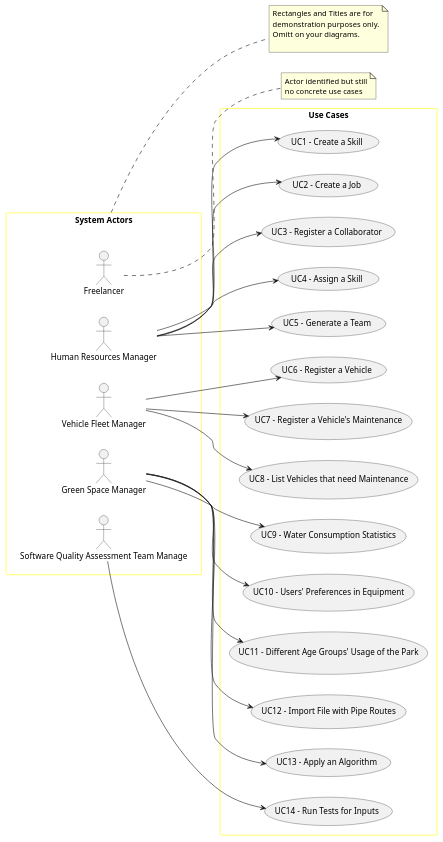
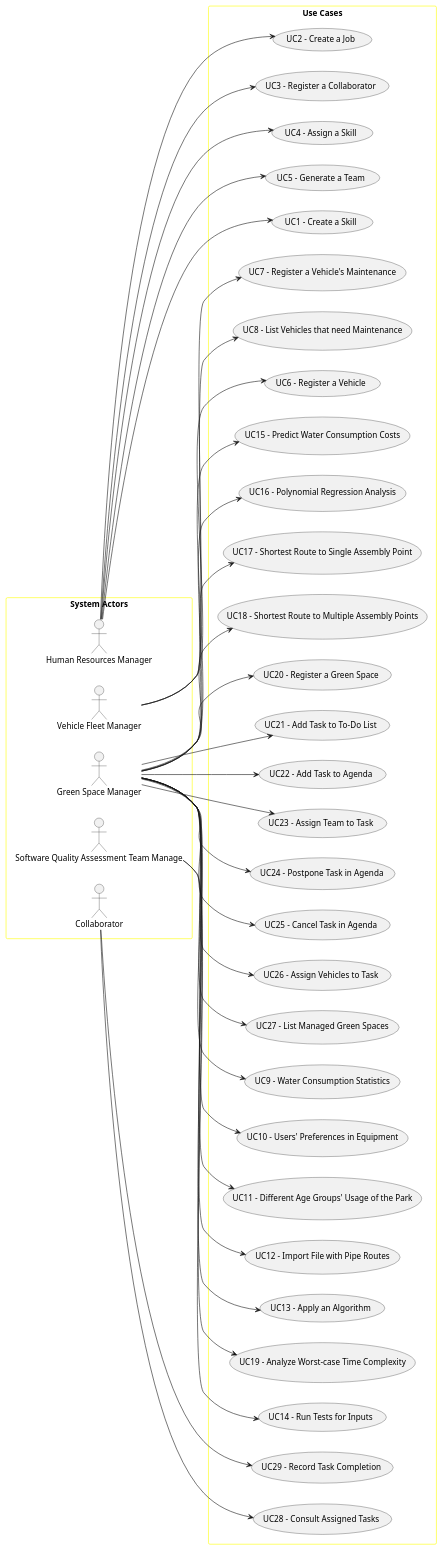
Before and after one commit to tiagosoa/lei-24-s2-1dgh-g073: the diagram in docs/sprint3/global-artifacts/01.requirements-engineering/puml/use-case-diagram.puml, drawn with PlantUML. The commit also changed 8 other files, not shown here.

```diff
--- a/docs/sprint3/global-artifacts/01.requirements-engineering/puml/use-case-diagram.puml
+++ b/docs/sprint3/global-artifacts/01.requirements-engineering/puml/use-case-diagram.puml
@@ -1,68 +1,85 @@
 @startuml
 'skinparam monochrome true
 skinparam packageStyle rectangle
 'skinparam shadowing false
 
 skinparam rectangle{
     BorderColor yellow
 }
 
 'title Use Case Diagram Example
 
 left to right direction
 
 rectangle "System Actors" as actors {
-    actor Freelancer
     actor "Human Resources Manager" as HRM
     actor "Vehicle Fleet Manager" as VFM
     actor "Green Space Manager" as GSM
     actor "Software Quality Assessment Team Manage" as QAM
+    actor "Collaborator" as Collaborator
 }
 
-
-note right of Freelancer
-    Actor identified but still
-    no concrete use cases
-end note
-
-rectangle "Use Cases" as usecases{
+rectangle "Use Cases" as usecases {
     usecase "UC1 - Create a Skill" as UC1
     usecase "UC2 - Create a Job" as UC2
     usecase "UC3 - Register a Collaborator" as UC3
     usecase "UC4 - Assign a Skill" as UC4
     usecase "UC5 - Generate a Team" as UC5
     usecase "UC6 - Register a Vehicle" as UC6
     usecase "UC7 - Register a Vehicle's Maintenance" as UC7
     usecase "UC8 - List Vehicles that need Maintenance" as UC8
     usecase "UC9 - Water Consumption Statistics" as UC9
     usecase "UC10 - Users' Preferences in Equipment" as UC10
     usecase "UC11 - Different Age Groups' Usage of the Park" as UC11
     usecase "UC12 - Import File with Pipe Routes" as UC12
     usecase "UC13 - Apply an Algorithm" as UC13
     usecase "UC14 - Run Tests for Inputs" as UC14
+    usecase "UC15 - Predict Water Consumption Costs" as UC15
+    usecase "UC16 - Polynomial Regression Analysis" as UC16
+    usecase "UC17 - Shortest Route to Single Assembly Point" as UC17
+    usecase "UC18 - Shortest Route to Multiple Assembly Points" as UC18
+    usecase "UC19 - Analyze Worst-case Time Complexity" as UC19
+    usecase "UC20 - Register a Green Space" as UC20
+    usecase "UC21 - Add Task to To-Do List" as UC21
+    usecase "UC22 - Add Task to Agenda" as UC22
+    usecase "UC23 - Assign Team to Task" as UC23
+    usecase "UC24 - Postpone Task in Agenda" as UC24
+    usecase "UC25 - Cancel Task in Agenda" as UC25
+    usecase "UC26 - Assign Vehicles to Task" as UC26
+    usecase "UC27 - List Managed Green Spaces" as UC27
+    usecase "UC28 - Consult Assigned Tasks" as UC28
+    usecase "UC29 - Record Task Completion" as UC29
 
     HRM --> UC1
     HRM --> UC2
     HRM --> UC3
     HRM --> UC4
     HRM --> UC5
     VFM --> UC6
     VFM --> UC7
     VFM --> UC8
     GSM --> UC9
     GSM --> UC10
     GSM --> UC11
     GSM --> UC12
     GSM --> UC13
     QAM --> UC14
-
+    GSM --> UC15
+    GSM --> UC16
+    GSM --> UC17
+    GSM --> UC18
+    QAM --> UC19
+    GSM --> UC20
+    GSM --> UC21
+    GSM --> UC22
+    GSM --> UC23
+    GSM --> UC24
+    GSM --> UC25
+    GSM --> UC26
+    GSM --> UC27
+    Collaborator --> UC28
+    Collaborator --> UC29
 
 }
-note right of actors
-    Rectangles and Titles are for
-    demonstration purposes only.
-    Omitt on your diagrams.
-
-end note
 
 @enduml
```
